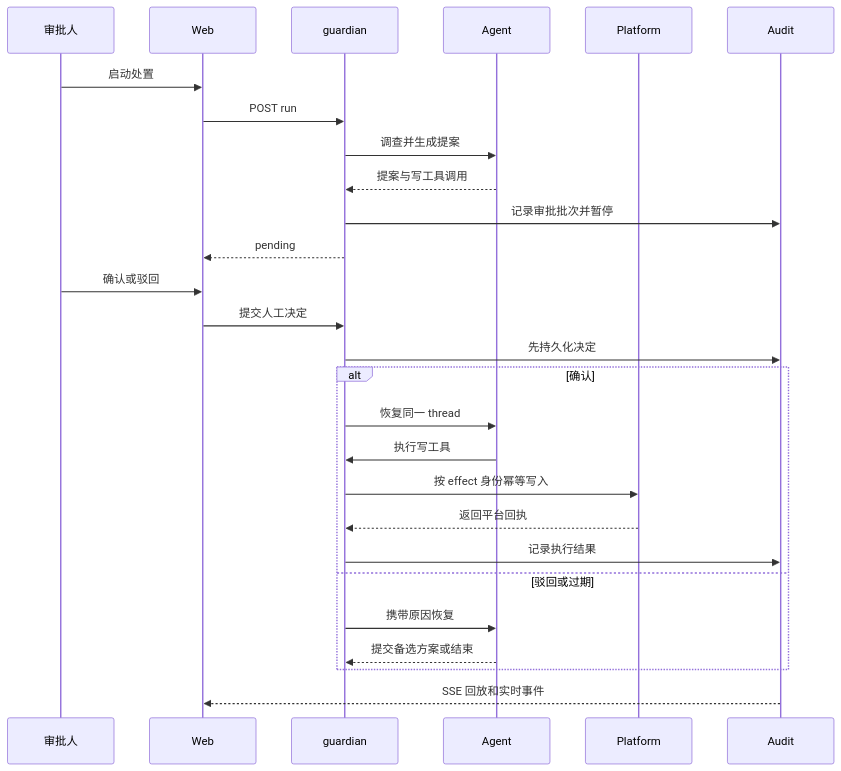
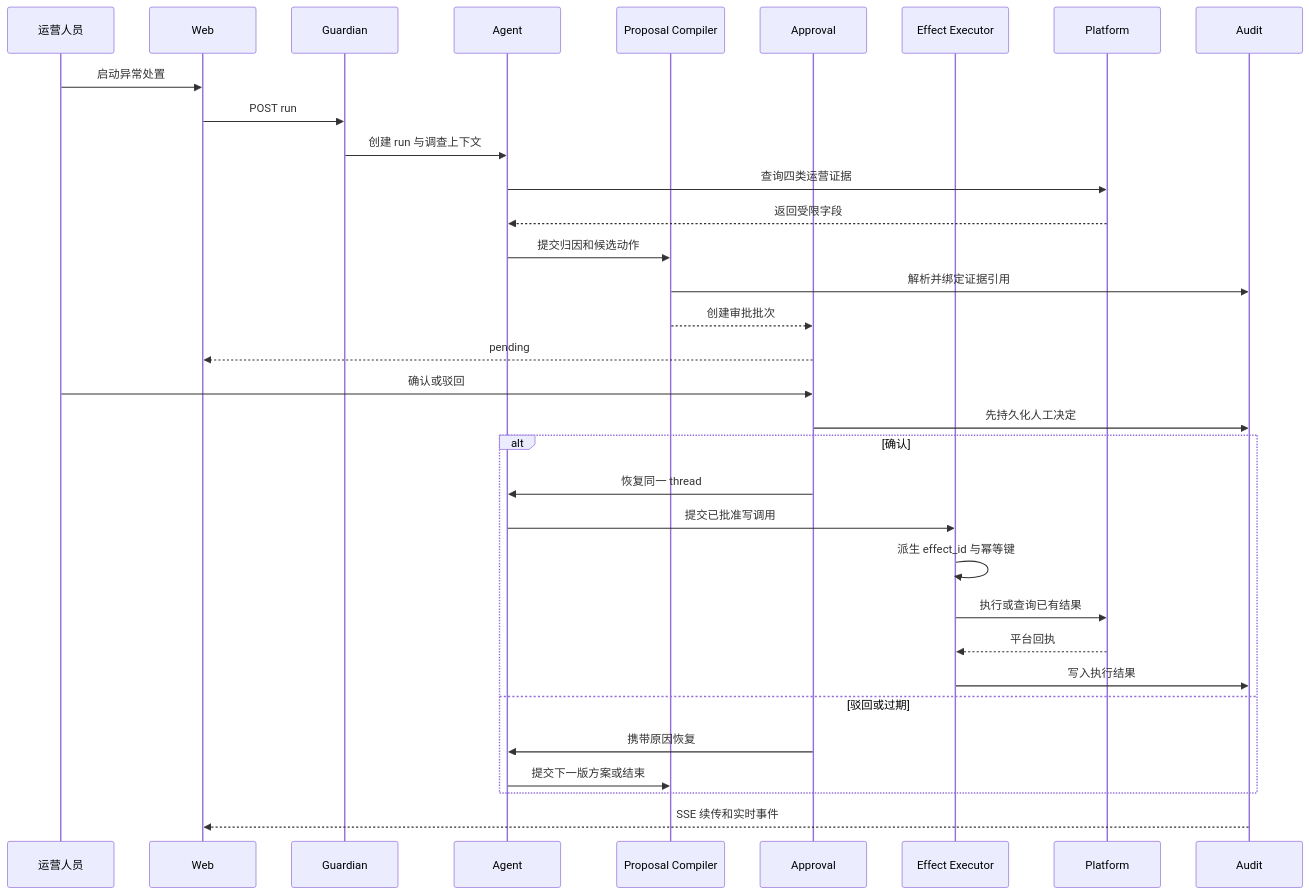
The second of 2 diagrams in README.md (Duang777/waybill-guardian), drawn with Mermaid before and after one commit. The commit also changed other lines of this file and 1 other file, not shown here.

````diff
--- a/README.md
+++ b/README.md
@@ -95,30 +230,36 @@
 ```mermaid
 sequenceDiagram
-  participant O as 审批人
+  participant O as 运营人员
   participant W as Web
-  participant G as guardian
+  participant G as Guardian
   participant A as Agent
-  participant P as Platform
+  participant P as Proposal Compiler
+  participant H as Approval
+  participant E as Effect Executor
+  participant T as Platform
   participant D as Audit
 
-  O->>W: 启动处置
+  O->>W: 启动异常处置
   W->>G: POST run
-  G->>A: 调查并生成提案
-  A-->>G: 提案与写工具调用
-  G->>D: 记录审批批次并暂停
-  G-->>W: pending
-  O->>W: 确认或驳回
-  W->>G: 提交人工决定
-  G->>D: 先持久化决定
+  G->>A: 创建 run 与调查上下文
+  A->>T: 查询四类运营证据
+  T-->>A: 返回受限字段
+  A->>P: 提交归因和候选动作
+  P->>D: 解析并绑定证据引用
+  P-->>H: 创建审批批次
+  H-->>W: pending
+  O->>H: 确认或驳回
+  H->>D: 先持久化人工决定
   alt 确认
-    G->>A: 恢复同一 thread
-    A->>G: 执行写工具
-    G->>P: 按 effect 身份幂等写入
-    P-->>G: 返回平台回执
-    G->>D: 记录执行结果
+    H->>A: 恢复同一 thread
+    A->>E: 提交已批准写调用
+    E->>E: 派生 effect_id 与幂等键
+    E->>T: 执行或查询已有结果
+    T-->>E: 平台回执
+    E->>D: 写入执行结果
   else 驳回或过期
-    G->>A: 携带原因恢复
-    A-->>G: 提交备选方案或结束
+    H->>A: 携带原因恢复
+    A->>P: 提交下一版方案或结束
   end
-  D-->>W: SSE 回放和实时事件
+  D-->>W: SSE 续传和实时事件
 ```
````
